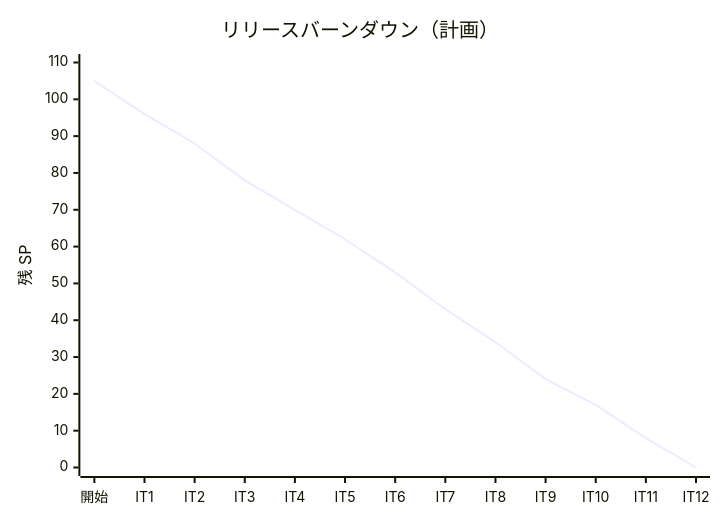
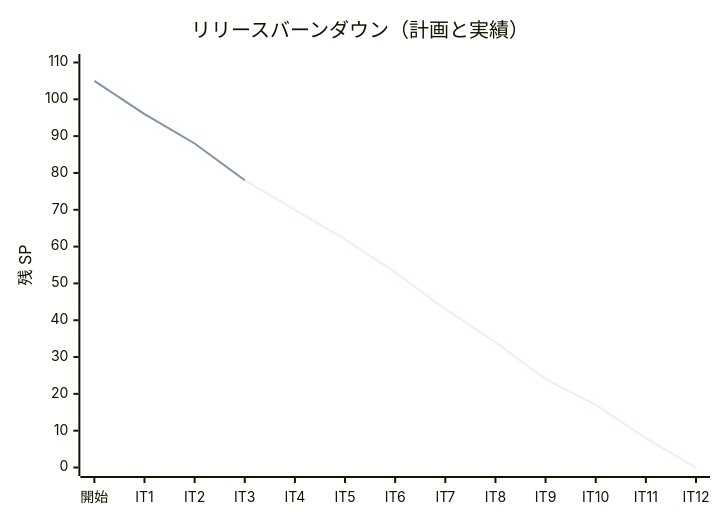
Before and after one commit to k2works/case-study-cargo-tracker: the second of 2 diagrams in docs/development/release_plan.md, drawn with Mermaid. The commit also changed other lines of this file and 5 other files, not shown here.

````diff
--- a/docs/development/release_plan.md
+++ b/docs/development/release_plan.md
@@ -451,7 +454,8 @@
 ```mermaid
 xychart-beta
-    title "リリースバーンダウン（計画）"
+    title "リリースバーンダウン（計画と実績）"
     x-axis ["開始", "IT1", "IT2", "IT3", "IT4", "IT5", "IT6", "IT7", "IT8", "IT9", "IT10", "IT11", "IT12"]
     y-axis "残 SP" 0 --> 110
     line "計画" [105, 96, 88, 78, 70, 62, 53, 43, 34, 24, 17, 8, 0]
+    line "実績" [105, 96, 88, 78]
 ```
````
